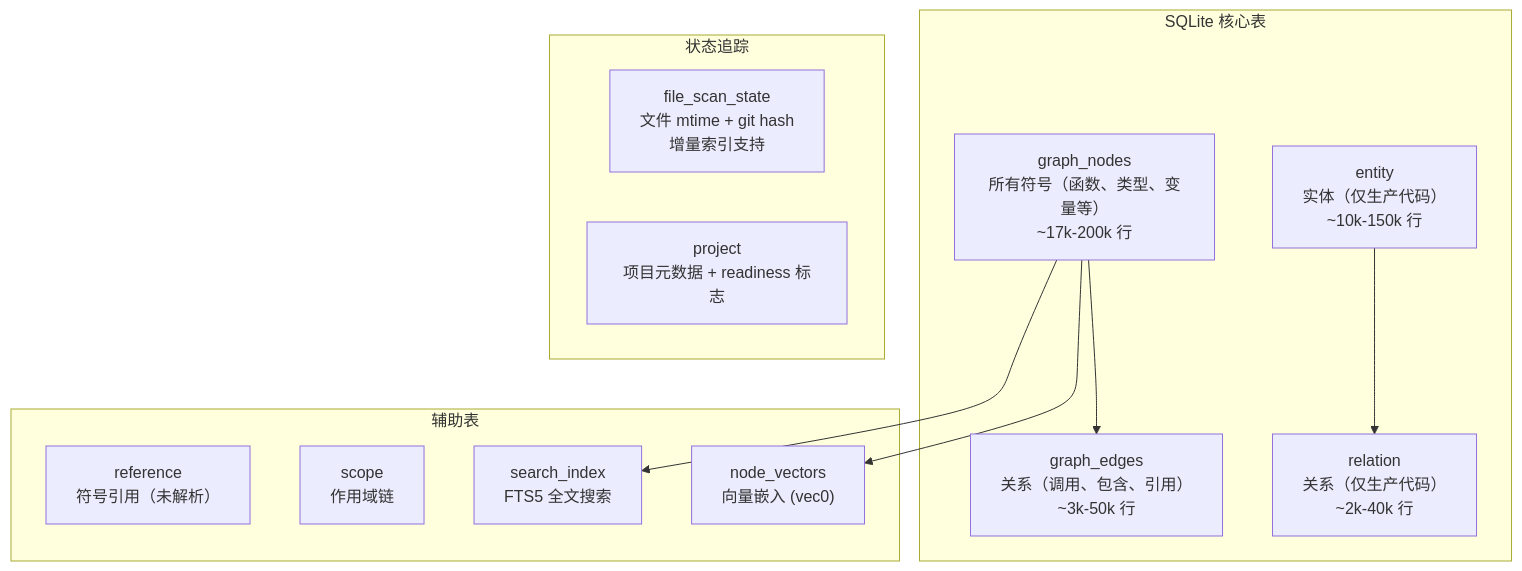
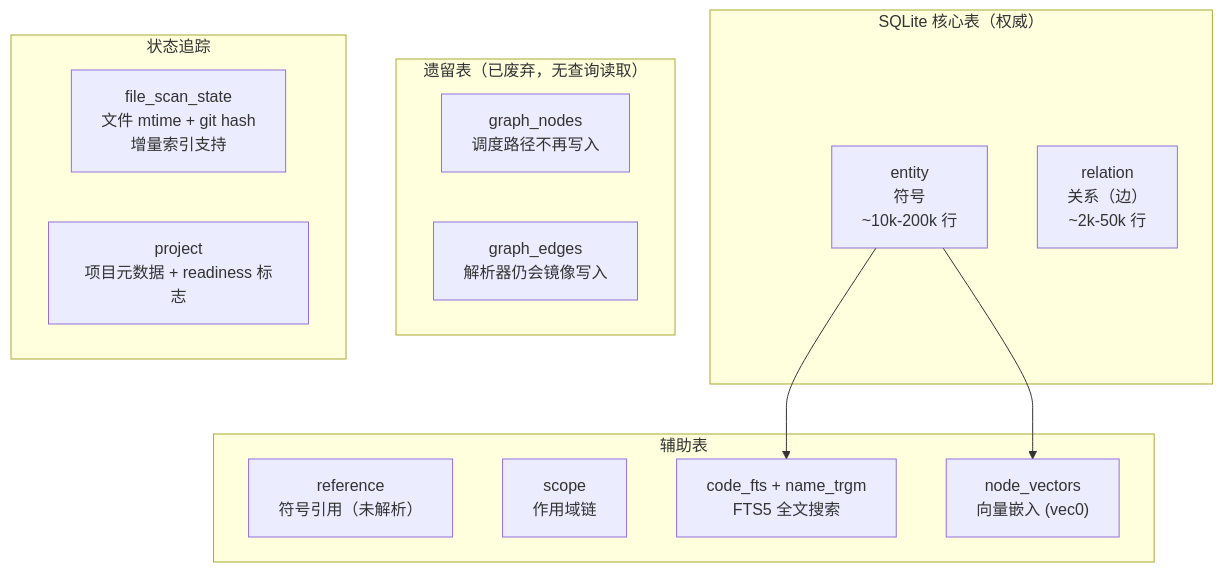
The fifth of 11 diagrams in docs/zh/technical_breakdown.md (Timwood0x10/CodeScope), drawn with Mermaid before and after one commit. The commit also changed other lines of this file and 37 other files, not shown here.

````diff
--- a/docs/zh/technical_breakdown.md
+++ b/docs/zh/technical_breakdown.md
@@ -271,26 +268,27 @@
 ```mermaid
 flowchart TB
-    subgraph "SQLite 核心表"
-        GN["graph_nodes<br/>所有符号（函数、类型、变量等）<br/>~17k-200k 行"]
-        GE["graph_edges<br/>关系（调用、包含、引用）<br/>~3k-50k 行"]
-        ENT["entity<br/>实体（仅生产代码）<br/>~10k-150k 行"]
-        REL["relation<br/>关系（仅生产代码）<br/>~2k-40k 行"]
+    subgraph "SQLite 核心表（权威）"
+        ENT["entity<br/>符号<br/>~10k-200k 行"]
+        REL["relation<br/>关系（边）<br/>~2k-50k 行"]
+    end
+
+    subgraph "遗留表（已废弃，无查询读取）"
+        GN["graph_nodes<br/>调度路径不再写入"]
+        GE["graph_edges<br/>解析器仍会镜像写入"]
     end
 
     subgraph "辅助表"
         REF["reference<br/>符号引用（未解析）"]
         SCOPE["scope<br/>作用域链"]
-        FTS["search_index<br/>FTS5 全文搜索"]
+        FTS["code_fts + name_trgm<br/>FTS5 全文搜索"]
         VEC["node_vectors<br/>向量嵌入 (vec0)"]
     end
 
     subgraph "状态追踪"
         FSS["file_scan_state<br/>文件 mtime + git hash<br/>增量索引支持"]
         PROJ["project<br/>项目元数据 + readiness 标志"]
     end
 
-    GN --> GE
-    GN --> FTS
-    GN --> VEC
-    ENT --> REL
+    ENT --> FTS
+    ENT --> VEC
 ```
````
